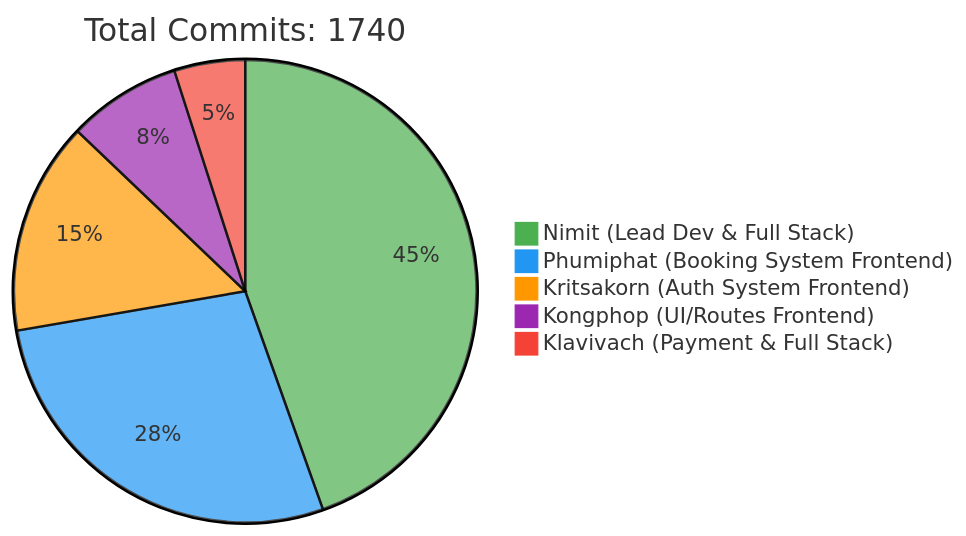
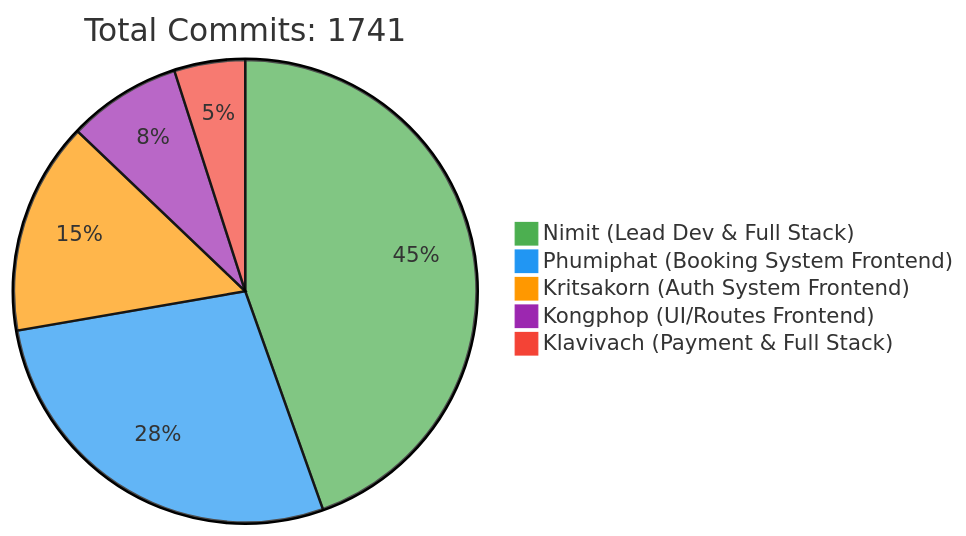
Before and after one commit to 6531503042/Sport-Complex: the first of 2 diagrams in README.md, drawn with Mermaid. The commit also changed other lines of this file, not shown here.

Commit message:
docs: Update contributor statistics [skip ci]

````diff
--- a/README.md
+++ b/README.md
@@ -257,10 +257,10 @@
 ```mermaid
 %%{init: {'theme': 'base', 'themeVariables': { 'pie1': '#4CAF50', 'pie2': '#2196F3', 'pie3': '#FF9800', 'pie4': '#9C27B0', 'pie5': '#F44336'}}}%%
 pie
-    title Total Commits: 1740
+    title Total Commits: 1741
     "Nimit (Lead Dev & Full Stack)" : 450
     "Phumiphat (Booking System Frontend)" : 280
     "Kritsakorn (Auth System Frontend)" : 150
     "Kongphop (UI/Routes Frontend)" : 80
     "Klavivach (Payment & Full Stack)" : 50
 ```
````
